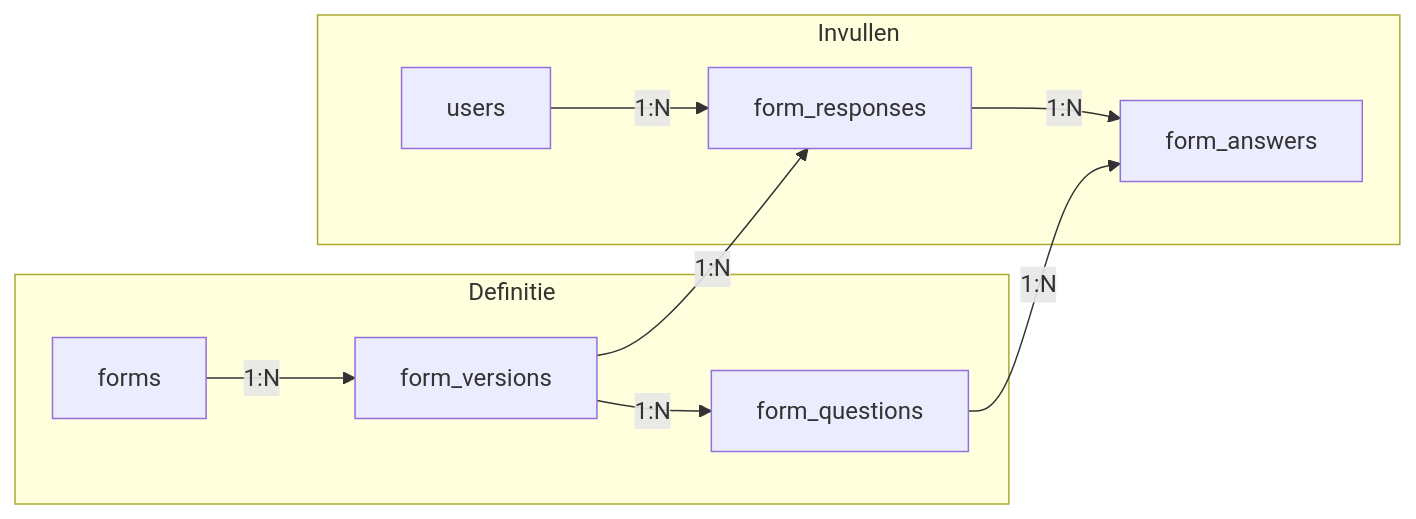
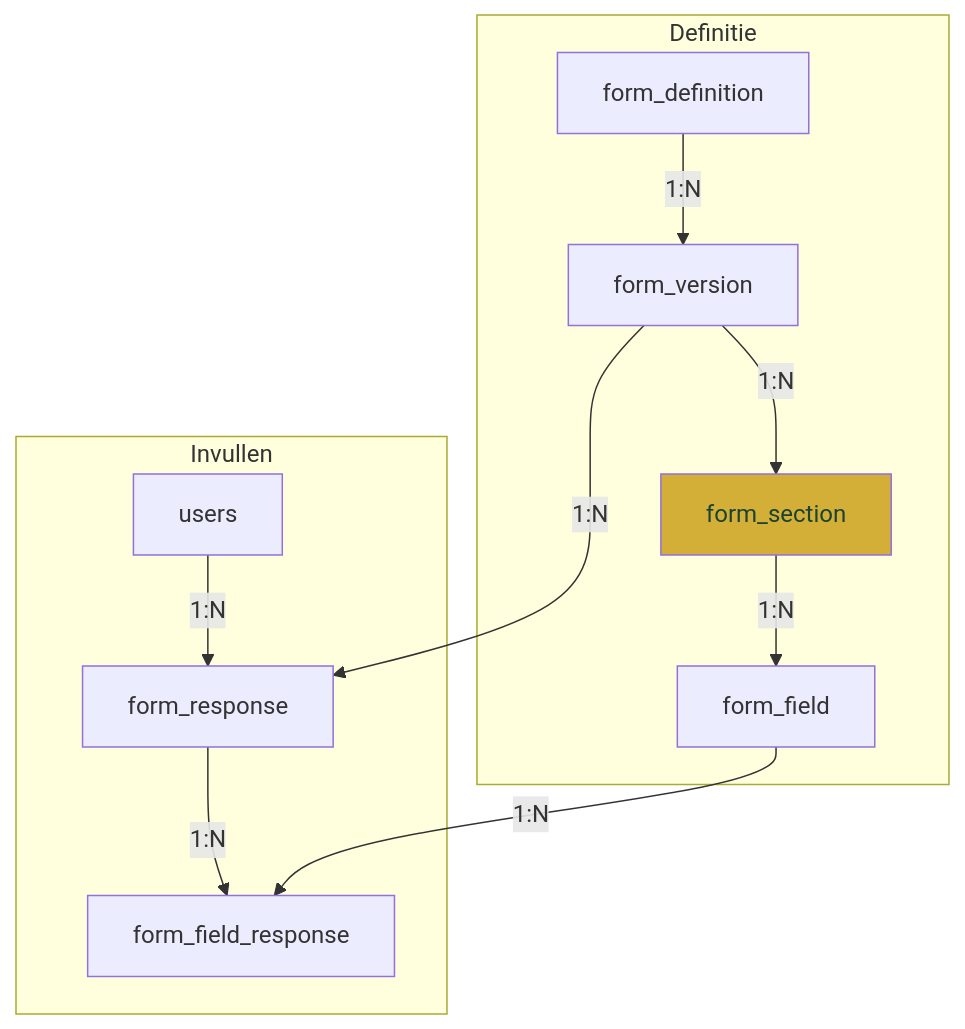
The second of 2 diagrams in docs/user-stories/US-020-dynamic-form-elements/DATABASE-MODEL.md (ApexChef/Bovenkamer-events), drawn with Mermaid before and after one commit. The commit also changed other lines of this file, not shown here.

````diff
--- a/docs/user-stories/US-020-dynamic-form-elements/DATABASE-MODEL.md
+++ b/docs/user-stories/US-020-dynamic-form-elements/DATABASE-MODEL.md
@@ -545,14 +600,17 @@
 ```mermaid
-flowchart LR
+flowchart TD
     subgraph Definitie
-        F[forms] -->|1:N| FV[form_versions]
-        FV -->|1:N| FQ[form_questions]
+        FD[form_definition] -->|1:N| FV[form_version]
+        FV -->|1:N| FS[form_section]
+        FS -->|1:N| FF[form_field]
     end
 
     subgraph Invullen
-        U[users] -->|1:N| FR[form_responses]
+        U[users] -->|1:N| FR[form_response]
         FV -->|1:N| FR
-        FR -->|1:N| FA[form_answers]
-        FQ -->|1:N| FA
+        FR -->|1:N| FFR[form_field_response]
+        FF -->|1:N| FFR
     end
+
+    style FS fill:#D4AF37,color:#1B4332
 ```
````
